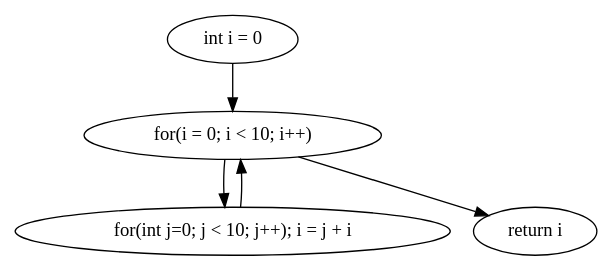
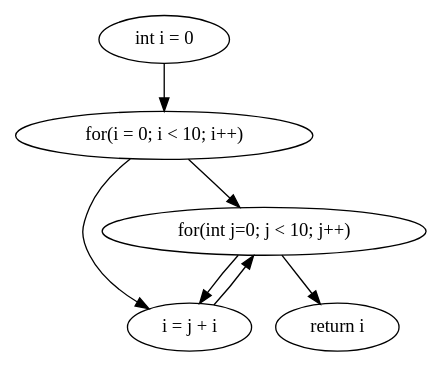
One commit to nwoythal/CS4100-P4 changed the diagram in test-output/render.gv. Above: the diagram before and after it, drawn with Graphviz. The commit also changed 1 other file, not shown here.

```diff
--- a/test-output/render.gv
+++ b/test-output/render.gv
@@ -1,10 +1,13 @@
 digraph "Control Flow Graph" {
 	B0 [label="int i = 0"]
 	B1 [label="for(i = 0; i < 10; i++)"]
-	B2 [label="for(int j=0; j < 10; j++); i = j + i"]
-	B4 [label="return i"]
+	B3 [label="for(int j=0; j < 10; j++)"]
+	B4 [label="i = j + i"]
+	B6 [label="return i"]
 		B0 -> B1
-		B1 -> B2
+		B1 -> B3
 		B1 -> B4
-		B2 -> B1
+		B3 -> B4
+		B3 -> B6
+		B4 -> B3
 }
```
